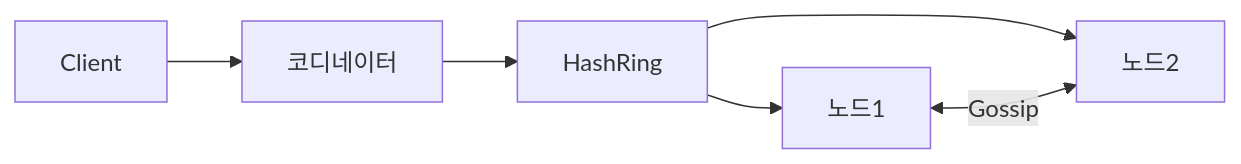
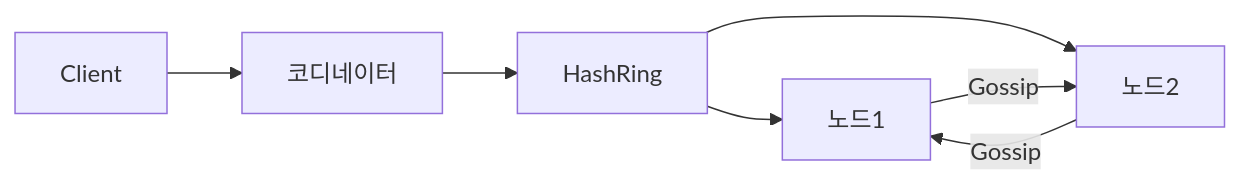
Before and after one commit to yjkim2015/yjkim2015.github.io: the sixth of 8 diagrams in _posts/systemdesign/2026-05-03-system-design-kv-store.md, drawn with Mermaid. The commit also changed 38 other files, not shown here.

First line of the commit message:
Mermaid 파싱 에러 최종 수정 + 화살표 간격 확대

````diff
--- a/_posts/systemdesign/2026-05-03-system-design-kv-store.md
+++ b/_posts/systemdesign/2026-05-03-system-design-kv-store.md
@@ -681,8 +681,9 @@
 ```mermaid
 graph LR
     A[Client] --> B[코디네이터]
     B --> C[HashRing]
     C --> D[노드1]
     C --> E[노드2]
-    D <-->|Gossip| E
+    D -->|Gossip| E
+    E -->|Gossip| D
 ```
````
